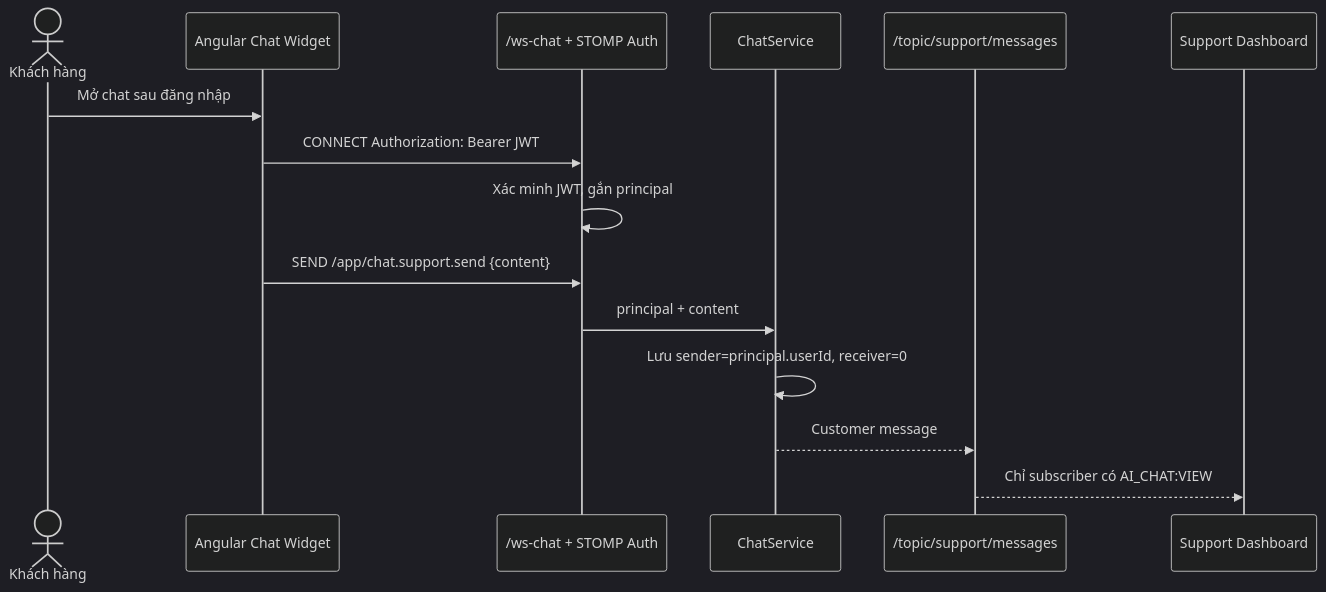
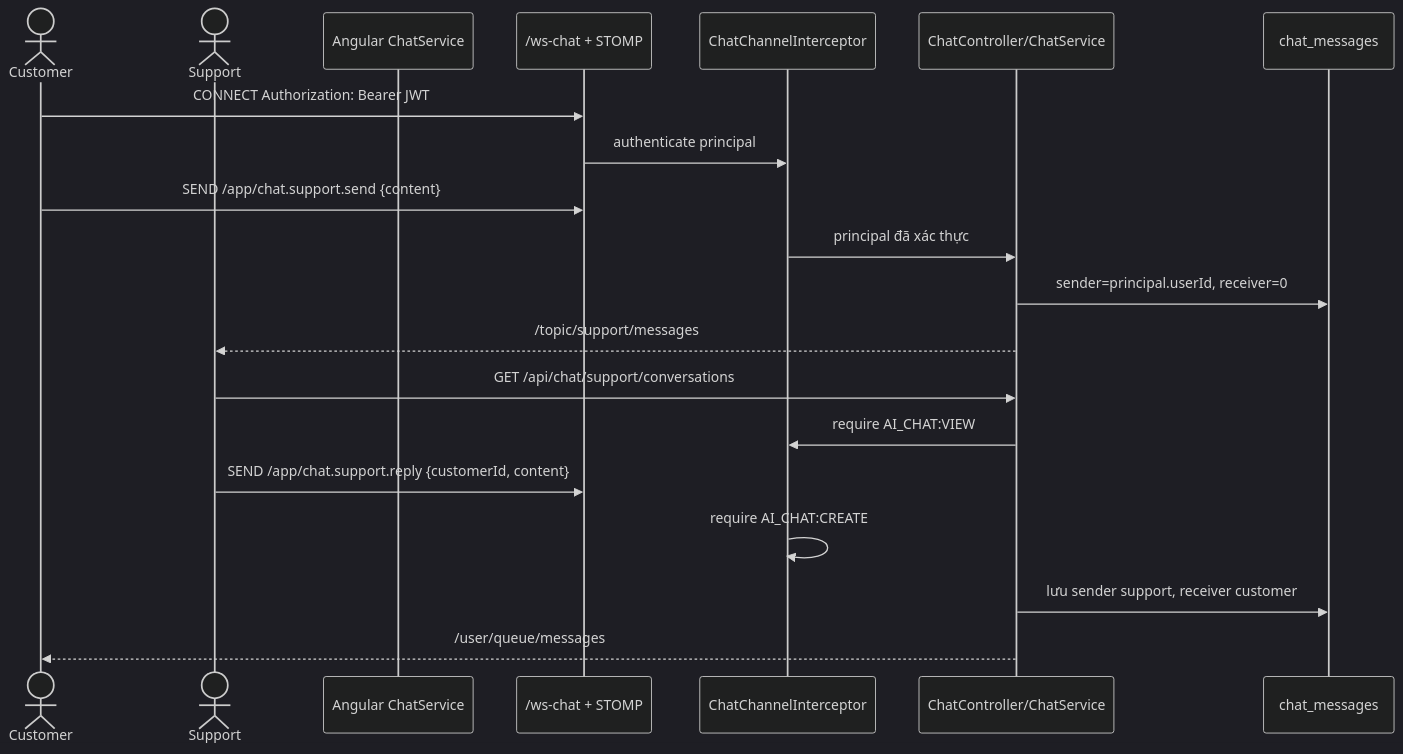
Before and after one commit to GinNgo/He-thong-quan-ly-khach-san: diagram 14 of 22 in docs/UML.md, drawn with Mermaid (dark theme). The commit also changed other lines of this file and 335 other files, not shown here.

Commit message:
docs: update documentation, architecture reports and specs

````diff
--- a/docs/UML.md
+++ b/docs/UML.md
@@ -610,18 +627,23 @@
 ```mermaid
 sequenceDiagram
-    actor Customer as Khách hàng
-    participant Widget as Angular Chat Widget
-    participant WS as /ws-chat + STOMP Auth
-    participant Chat as ChatService
-    participant Queue as /topic/support/messages
-    participant Support as Support Dashboard
+    actor Customer
+    actor Support
+    participant Client as Angular ChatService
+    participant WS as /ws-chat + STOMP
+    participant Security as ChatChannelInterceptor
+    participant Chat as ChatController/ChatService
+    participant DB as chat_messages
 
-    Customer->>Widget: Mở chat sau đăng nhập
-    Widget->>WS: CONNECT Authorization: Bearer JWT
-    WS->>WS: Xác minh JWT, gắn principal
-    Widget->>WS: SEND /app/chat.support.send {content}
-    WS->>Chat: principal + content
-    Chat->>Chat: Lưu sender=principal.userId, receiver=0
-    Chat-->>Queue: Customer message
-    Queue-->>Support: Chỉ subscriber có AI_CHAT:VIEW
+    Customer->>WS: CONNECT Authorization: Bearer JWT
+    WS->>Security: authenticate principal
+    Customer->>WS: SEND /app/chat.support.send {content}
+    Security->>Chat: principal đã xác thực
+    Chat->>DB: sender=principal.userId, receiver=0
+    Chat-->>Support: /topic/support/messages
+    Support->>Chat: GET /api/chat/support/conversations
+    Chat->>Security: require AI_CHAT:VIEW
+    Support->>WS: SEND /app/chat.support.reply {customerId, content}
+    Security->>Security: require AI_CHAT:CREATE
+    Chat->>DB: lưu sender support, receiver customer
+    Chat-->>Customer: /user/queue/messages
 ```
````
